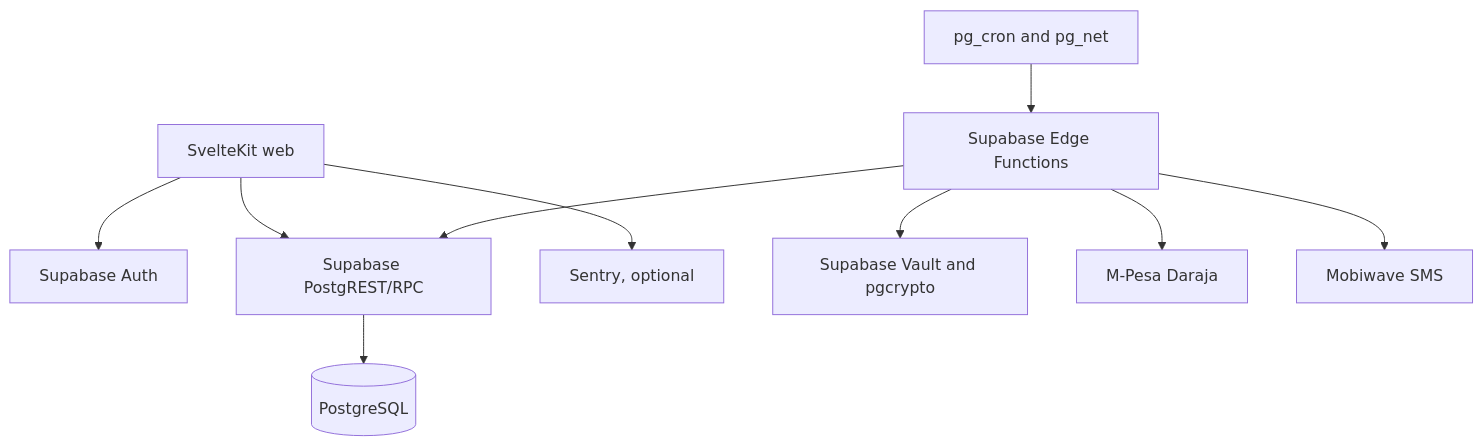
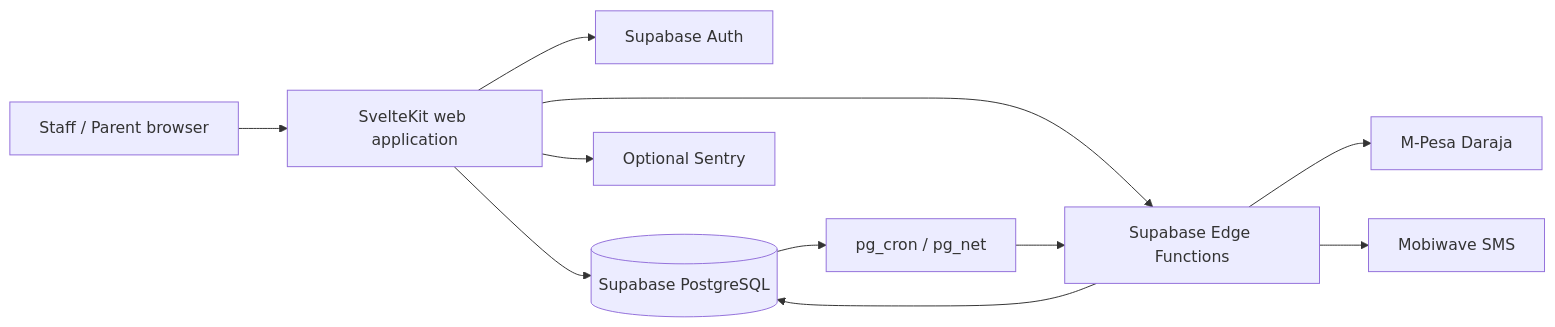
The diagram in ARCHITECTURE.md (malingib/ReClass), drawn with Mermaid before and after one commit. The commit also changed other lines of this file, not shown here.

Commit message:
docs: rewrite architecture for current eShule model

````diff
--- a/ARCHITECTURE.md
+++ b/ARCHITECTURE.md
@@ -217,12 +47,13 @@
 ```mermaid
-flowchart TB
-    WEB[SvelteKit web] --> AUTH[Supabase Auth]
-    WEB --> REST[Supabase PostgREST/RPC]
-    WEB --> SENTRY[Sentry, optional]
-    EDGE[Supabase Edge Functions] --> REST
-    EDGE --> VAULT[Supabase Vault and pgcrypto]
-    EDGE --> MPESA[M-Pesa Daraja]
-    EDGE --> MOBI[Mobiwave SMS]
-    CRON[pg_cron and pg_net] --> EDGE
-    REST --> PG[(PostgreSQL)]
+flowchart LR
+    U[Staff / Parent browser] --> W[SvelteKit web application]
+    W --> A[Supabase Auth]
+    W --> DB[(Supabase PostgreSQL)]
+    W --> E[Supabase Edge Functions]
+    E --> DB
+    E --> MP[M-Pesa Daraja]
+    E --> SMS[Mobiwave SMS]
+    DB --> CRON[pg_cron / pg_net]
+    CRON --> E
+    W --> OBS[Optional Sentry]
 ```
````
